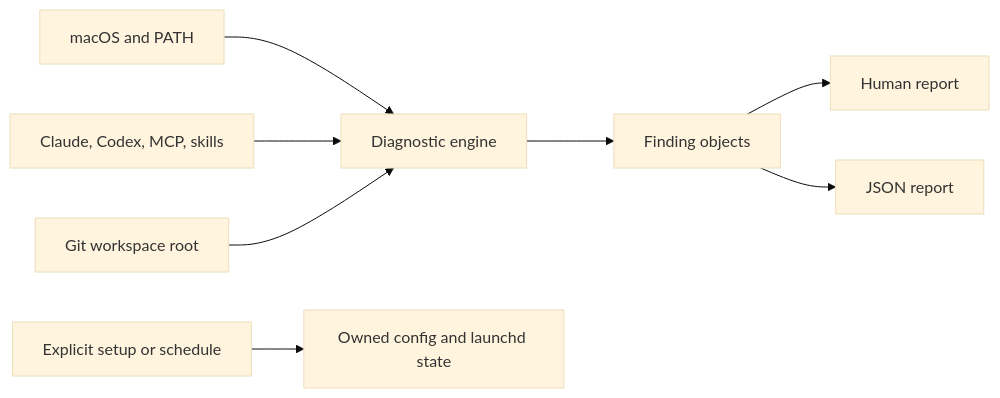
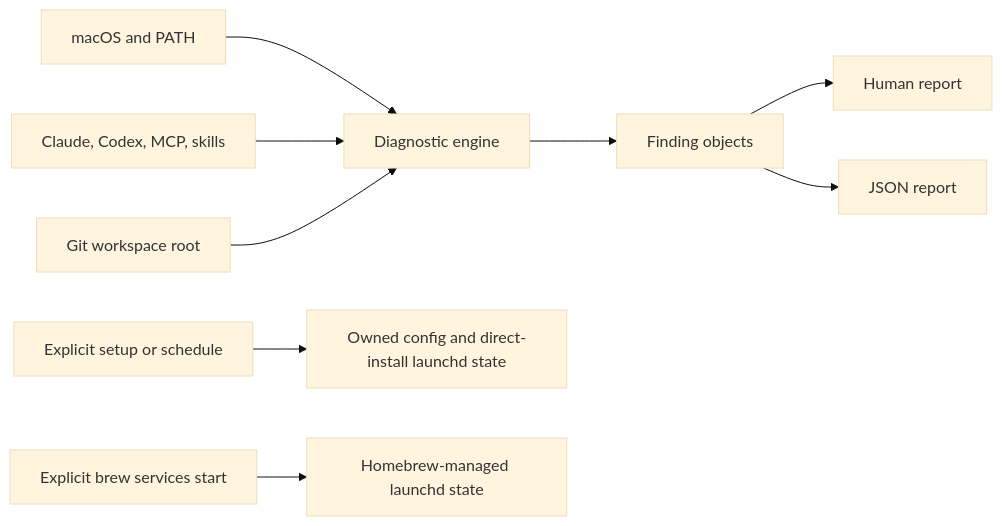
One commit to nyldn/ai-optimizer changed the diagram in docs/architecture.md. Above: the diagram before and after it, drawn with Mermaid (base theme). The commit also changed other lines of this file and 8 other files, not shown here.

````diff
--- a/docs/architecture.md
+++ b/docs/architecture.md
@@ -6,10 +6,11 @@
 ```mermaid
 flowchart LR
     A[macOS and PATH] --> D[Diagnostic engine]
     B[Claude, Codex, MCP, skills] --> D
     C[Git workspace root] --> D
     D --> E[Finding objects]
     E --> F[Human report]
     E --> G[JSON report]
-    H[Explicit setup or schedule] --> I[Owned config and launchd state]
+    H[Explicit setup or schedule] --> I[Owned config and direct-install launchd state]
+    J[Explicit brew services start] --> K[Homebrew-managed launchd state]
 ```
````
